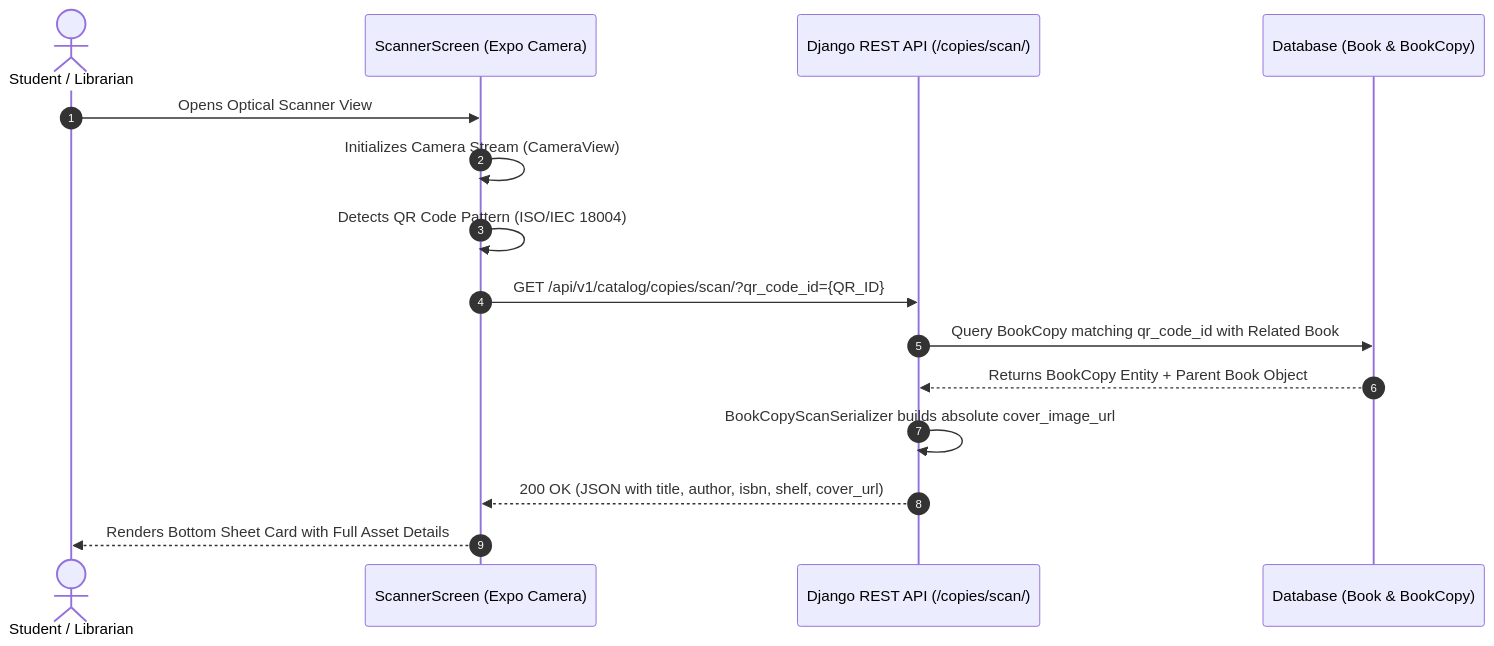
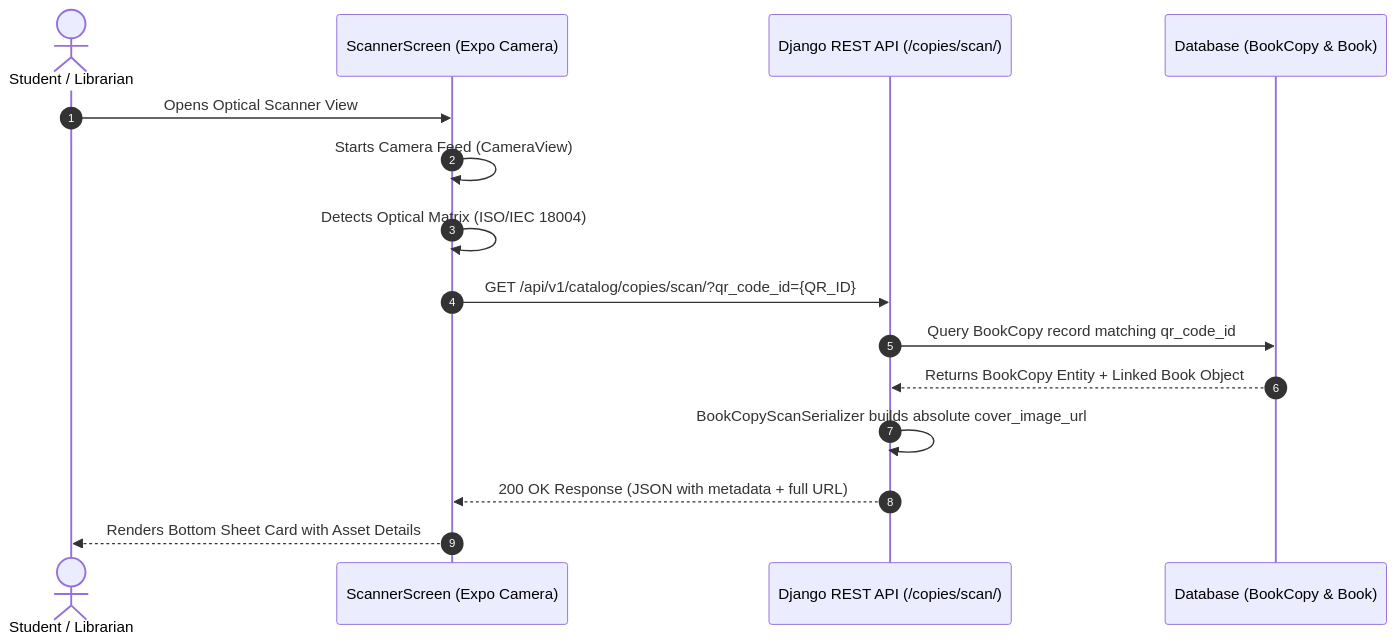
One commit to Versity1/library-backend changed the second of 4 diagrams in README.md. Above: the diagram before and after it, drawn with Mermaid. The commit also changed other lines of this file, not shown here.

````diff
--- a/README.md
+++ b/README.md
@@ -170,18 +169,18 @@
 ```mermaid
 sequenceDiagram
     autonumber
     actor User as Student / Librarian
     participant Mobile as ScannerScreen (Expo Camera)
     participant API as Django REST API (/copies/scan/)
-    participant DB as Database (Book & BookCopy)
+    participant DB as Database (BookCopy & Book)
 
     User->>Mobile: Opens Optical Scanner View
-    Mobile->>Mobile: Initializes Camera Stream (CameraView)
-    Mobile->>Mobile: Detects QR Code Pattern (ISO/IEC 18004)
+    Mobile->>Mobile: Starts Camera Feed (CameraView)
+    Mobile->>Mobile: Detects Optical Matrix (ISO/IEC 18004)
     Mobile->>API: GET /api/v1/catalog/copies/scan/?qr_code_id={QR_ID}
-    API->>DB: Query BookCopy matching qr_code_id with Related Book
-    DB-->>API: Returns BookCopy Entity + Parent Book Object
+    API->>DB: Query BookCopy record matching qr_code_id
+    DB-->>API: Returns BookCopy Entity + Linked Book Object
     API->>API: BookCopyScanSerializer builds absolute cover_image_url
-    API-->>Mobile: 200 OK (JSON with title, author, isbn, shelf, cover_url)
-    Mobile-->>User: Renders Bottom Sheet Card with Full Asset Details
+    API-->>Mobile: 200 OK Response (JSON with metadata + full URL)
+    Mobile-->>User: Renders Bottom Sheet Card with Asset Details
 ```
````
